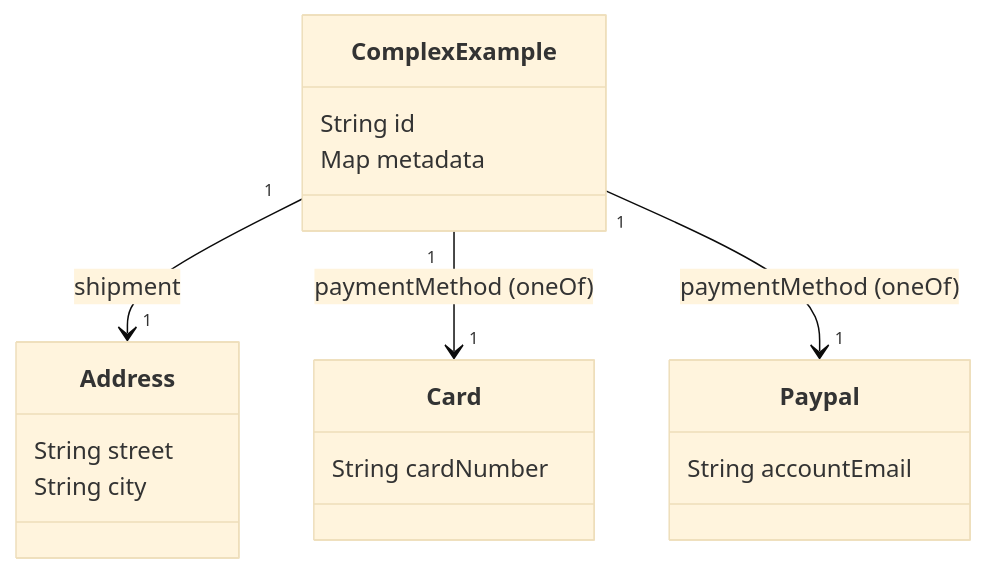
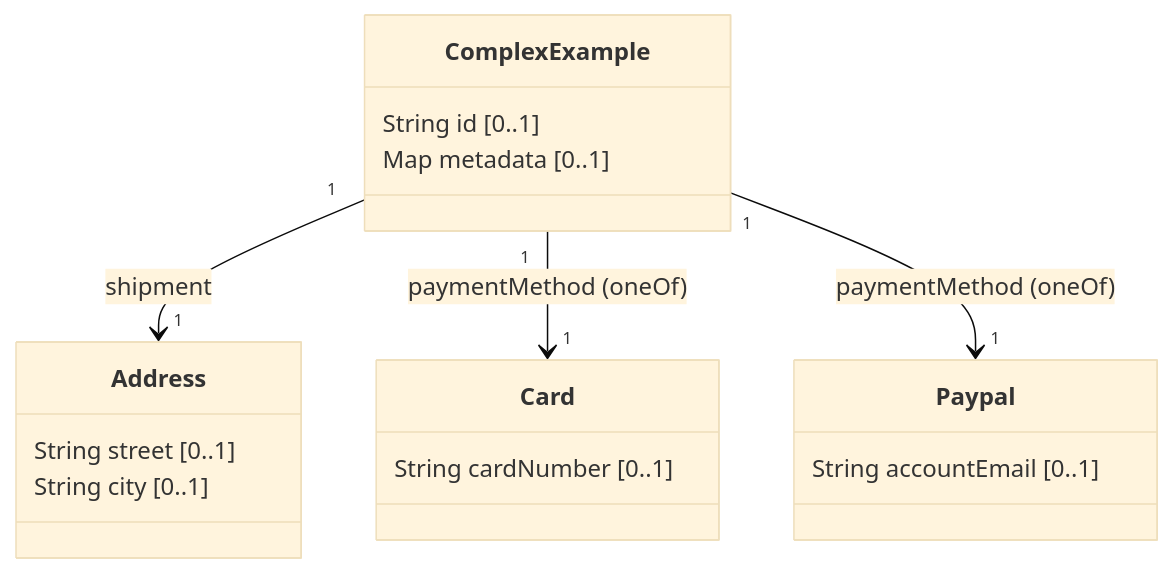
Before and after one commit to flemming-n-larsen/JSONSchema-to-Mermaid: the fifth of 6 diagrams in README.md, drawn with Mermaid (base theme). The commit also changed other lines of this file and 5 other files, not shown here.

Commit message:
Add optional cardinality notation for fields in MermaidGenerator output

````diff
--- a/README.md
+++ b/README.md
@@ -238,21 +237,21 @@
 ```mermaid
 classDiagram
   class ComplexExample {
-    String id
-    Map<String,String> metadata
+    String id [0..1]
+    Map<String,String> metadata [0..1]
   }
   class Address {
-    String street
-    String city
+    String street [0..1]
+    String city [0..1]
   }
   class Card {
-    String cardNumber
+    String cardNumber [0..1]
   }
   class Paypal {
-    String accountEmail
+    String accountEmail [0..1]
   }
 
   ComplexExample "1" --> "1" Address : shipment
   ComplexExample "1" --> "1" Card : paymentMethod (oneOf)
   ComplexExample "1" --> "1" Paypal : paymentMethod (oneOf)
 ```
````
